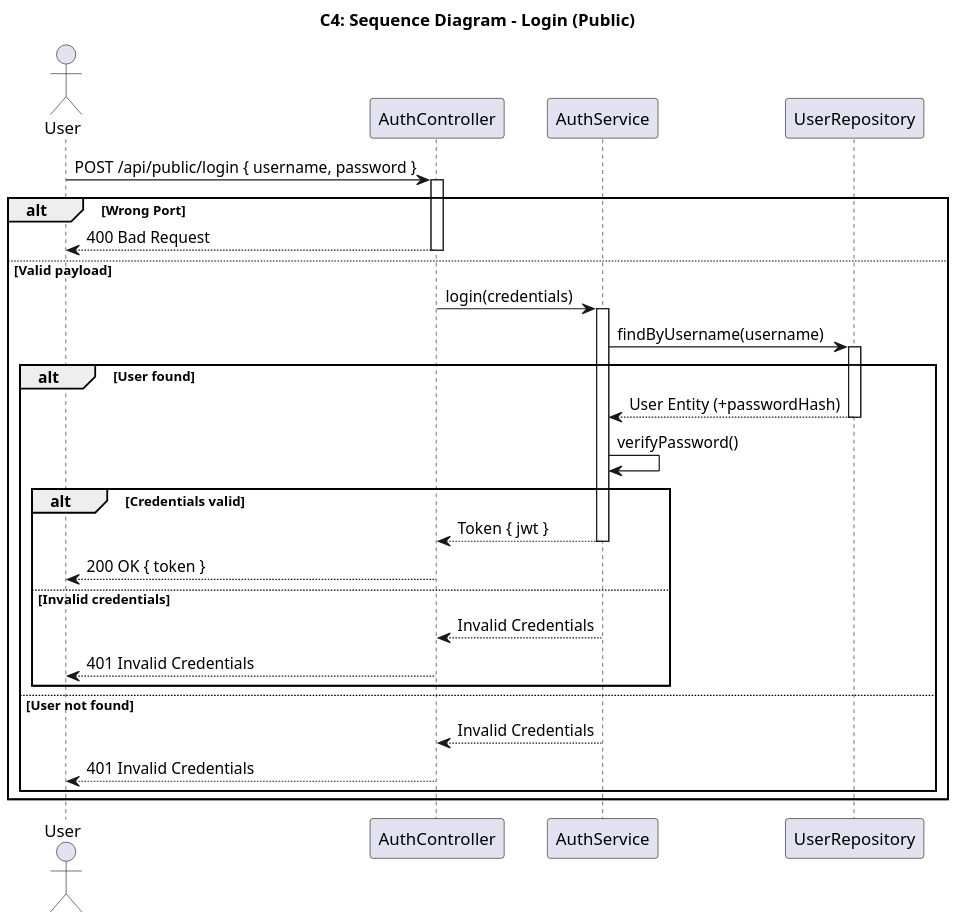
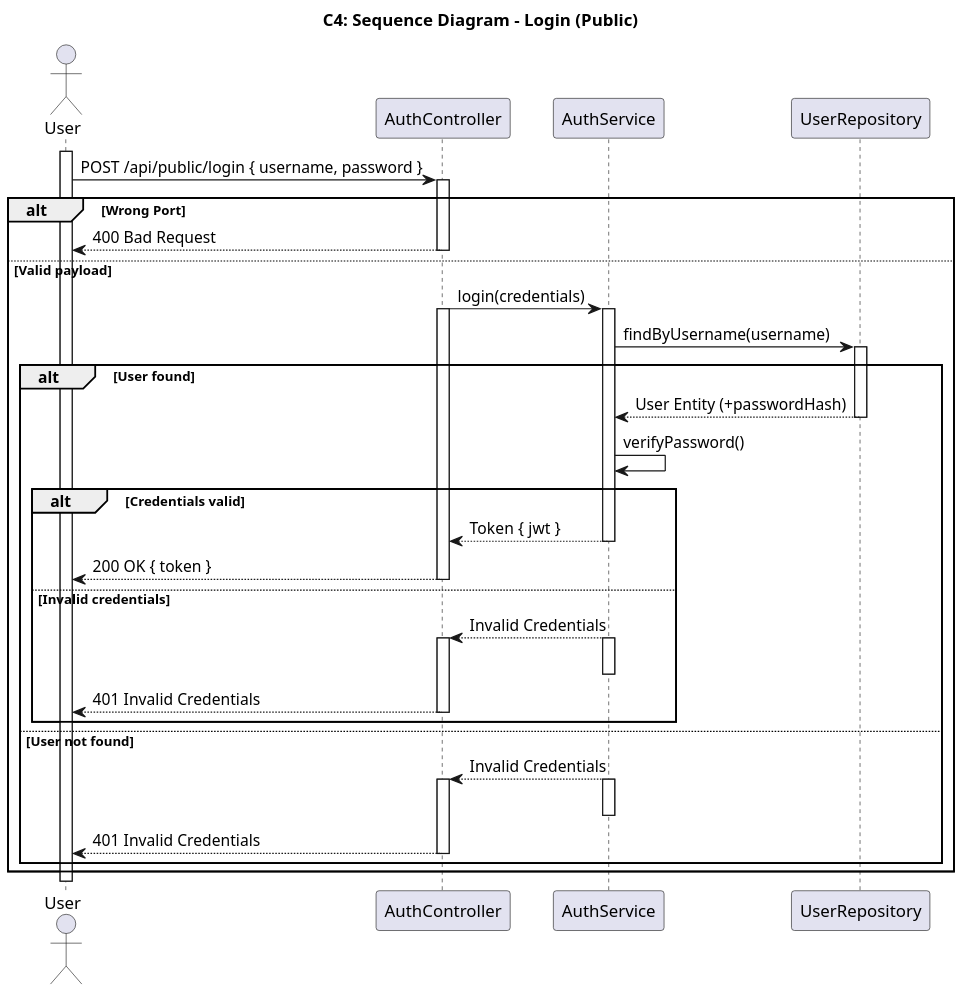
Before and after one commit to pedrods05/LETI_SIDIS_3DA_6: the diagram in DOCS/C4+1/C4+1-Login-Sequence.puml, drawn with PlantUML. The commit also changed 12 other files, not shown here.

Commit message:
ajustes diagramas

```diff
--- a/DOCS/C4+1/C4+1-Login-Sequence.puml
+++ b/DOCS/C4+1/C4+1-Login-Sequence.puml
@@ -1,47 +1,53 @@
 @startuml
 ' C4+1 — Login SD (layered)
 skinparam dpi 150
 skinparam shadowing false
 skinparam DefaultFontName Arial
 
 title C4: Sequence Diagram - Login (Public)
 
 actor User
 participant "AuthController" as Controller
 participant "AuthService" as Service
 participant "UserRepository" as Repo
 
+activate User
 User -> Controller : POST /api/public/login { username, password }
 activate Controller
 alt Wrong Port
   Controller --> User : 400 Bad Request
   deactivate Controller
 else Valid payload
   Controller -> Service : login(credentials)
+  activate Controller
   activate Service
   Service -> Repo : findByUsername(username)
   activate Repo
   alt User found
     Repo --> Service : User Entity (+passwordHash)
     deactivate Repo
     Service -> Service : verifyPassword()
     alt Credentials valid
       Service --> Controller : Token { jwt }
       deactivate Service
       Controller --> User : 200 OK { token }
       deactivate Controller
     else Invalid credentials
       Service --> Controller : Invalid Credentials
+      activate Service
       deactivate Service
+      activate Controller
       Controller --> User : 401 Invalid Credentials
       deactivate Controller
     end
   else User not found
    Service --> Controller : Invalid Credentials
+    activate Controller
+    activate Service
     deactivate Service
     Controller --> User : 401 Invalid Credentials
     deactivate Controller
   end
 end
 
 @enduml
```
